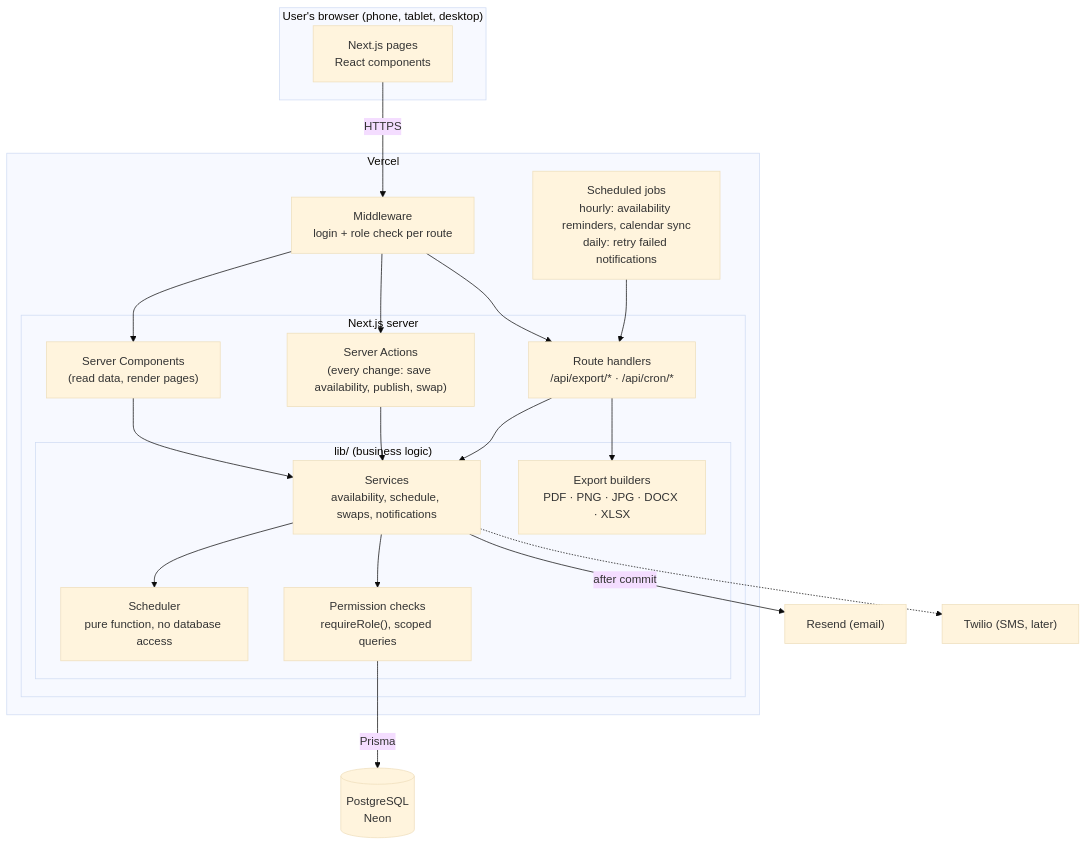
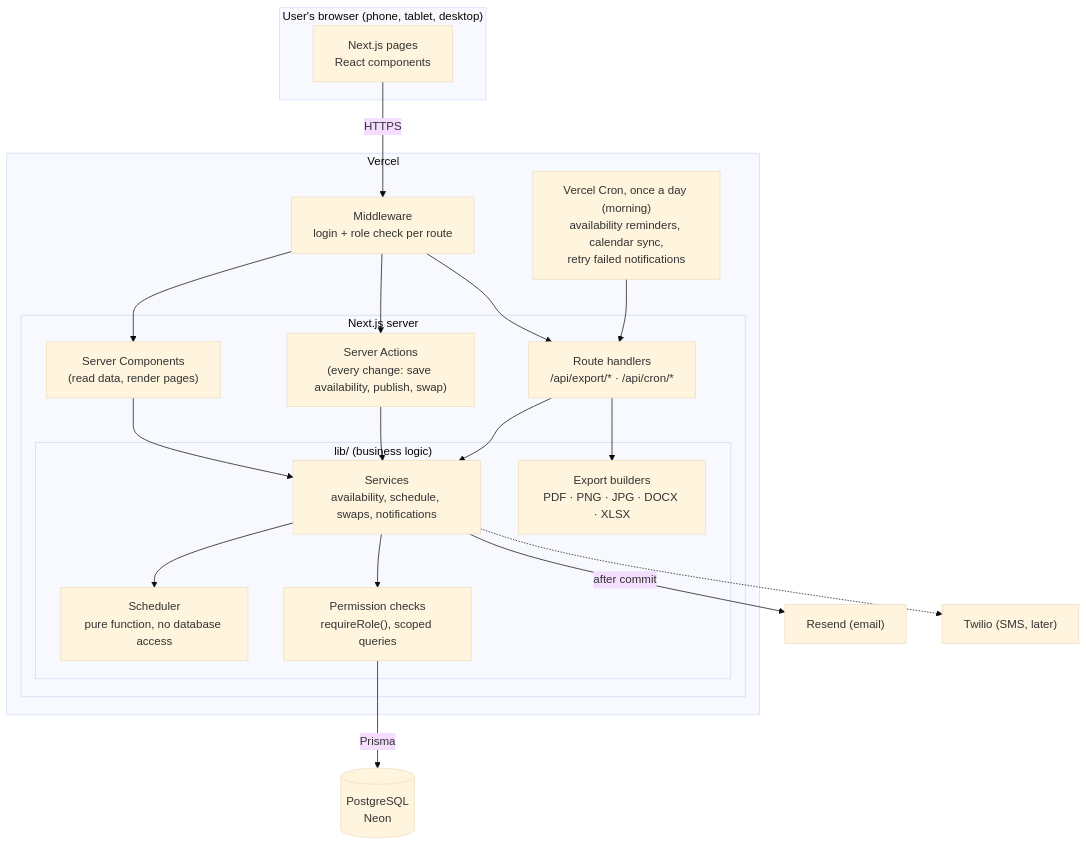
Before and after one commit to DebbieP20/teamvory: the second of 4 diagrams in docs/architecture.md, drawn with Mermaid (base theme). The commit also changed other lines of this file and 4 other files, not shown here.

First line of the commit message:
Run scheduled jobs once a day; plan free hosting until launch

````diff
--- a/docs/architecture.md
+++ b/docs/architecture.md
@@ -34,41 +34,41 @@
 ```mermaid
 flowchart TB
     subgraph Client["User's browser (phone, tablet, desktop)"]
         UI["Next.js pages<br/>React components"]
     end
 
     subgraph Vercel["Vercel"]
         MW["Middleware<br/>login + role check per route"]
         subgraph App["Next.js server"]
             RSC["Server Components<br/>(read data, render pages)"]
             SA["Server Actions<br/>(every change: save availability, publish, swap)"]
             API["Route handlers<br/>/api/export/* · /api/cron/*"]
             subgraph Core["lib/ (business logic)"]
                 SVC["Services<br/>availability, schedule, swaps, notifications"]
                 SCH["Scheduler<br/>pure function, no database access"]
                 EXP["Export builders<br/>PDF · PNG · JPG · DOCX · XLSX"]
                 AUTHZ["Permission checks<br/>requireRole(), scoped queries"]
             end
         end
-        CRON["Scheduled jobs<br/>hourly: availability reminders, calendar sync<br/>daily: retry failed notifications"]
+        CRON["Vercel Cron, once a day (morning)<br/>availability reminders, calendar sync,<br/>retry failed notifications"]
     end
 
     DB[("PostgreSQL<br/>Neon")]
     RES["Resend (email)"]
     TW["Twilio (SMS, later)"]
 
     UI -->|HTTPS| MW
     MW --> RSC
     MW --> SA
     MW --> API
     RSC --> SVC
     SA --> SVC
     API --> SVC
     API --> EXP
     SVC --> AUTHZ
     SVC --> SCH
     AUTHZ -->|Prisma| DB
     SVC -->|after commit| RES
     SVC -.-> TW
     CRON --> API
 ```
````
